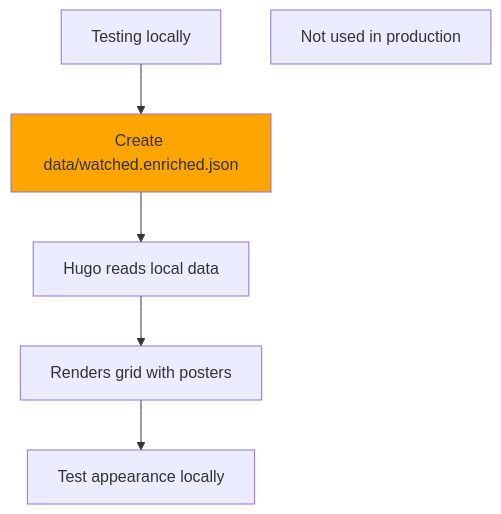
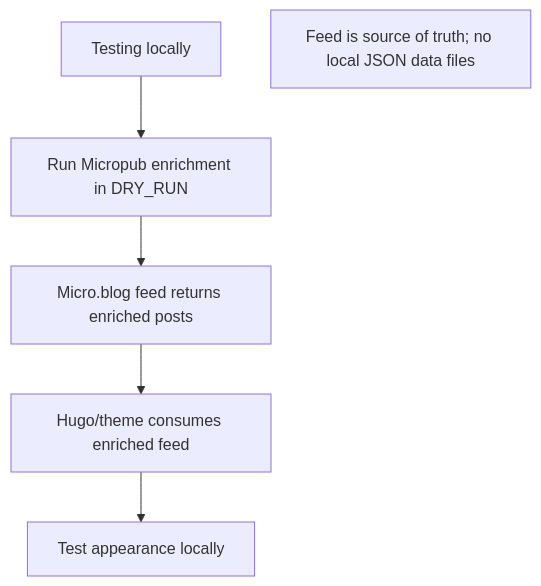
Diagram 16 of 32 in docs/SYSTEM_DOCUMENTATION.md (rocksoup/mbtheme), drawn with Mermaid before and after one commit. The commit also changed other lines of this file, not shown here.

````diff
--- a/docs/SYSTEM_DOCUMENTATION.md
+++ b/docs/SYSTEM_DOCUMENTATION.md
@@ -1029,10 +1028,9 @@
 ```mermaid
 flowchart TD
-    A[Testing locally] --> B[Create data/watched.enriched.json]
-    B --> C[Hugo reads local data]
-    C --> D[Renders grid with posters]
+    A[Testing locally] --> B[Run Micropub enrichment in DRY_RUN]
+    B --> C[Micro.blog feed returns enriched posts]
+    C --> D[Hugo/theme consumes enriched feed]
     D --> E[Test appearance locally]
 
-    style B fill:#FFA500
-    Note1[Not used in production]
+    Note1[Feed is source of truth; no local JSON data files]
 ```
````
